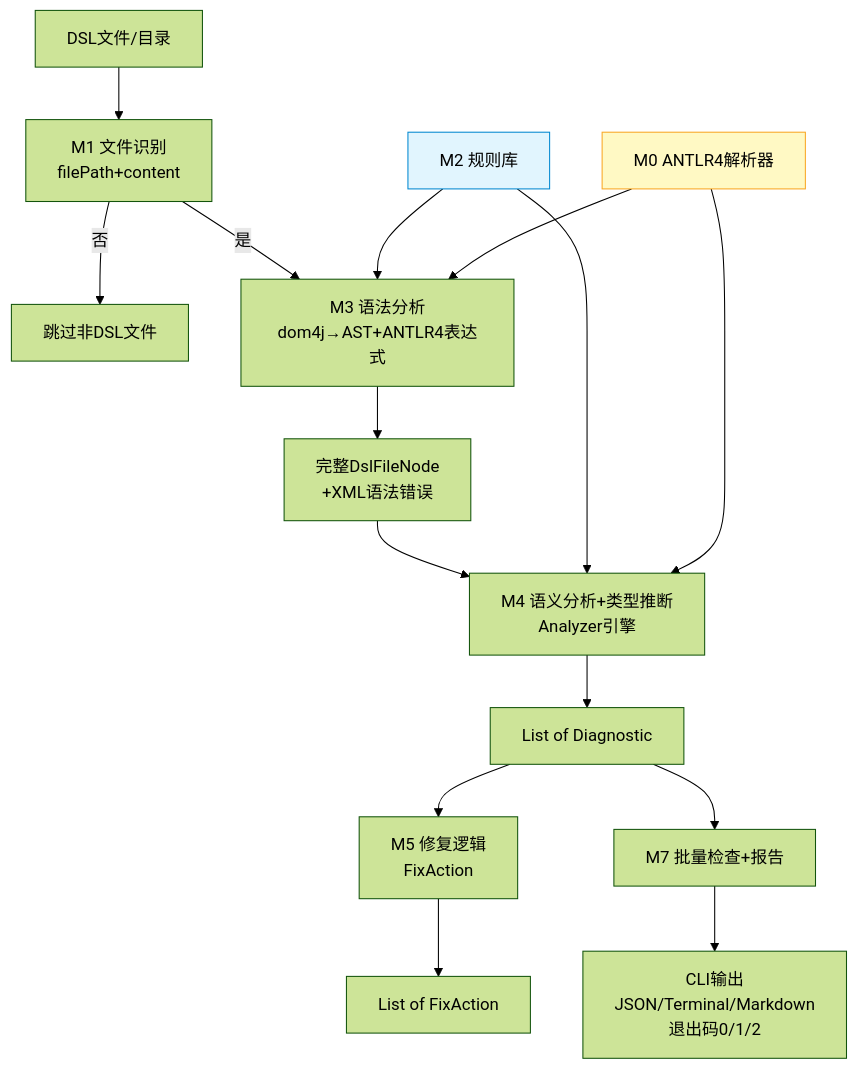
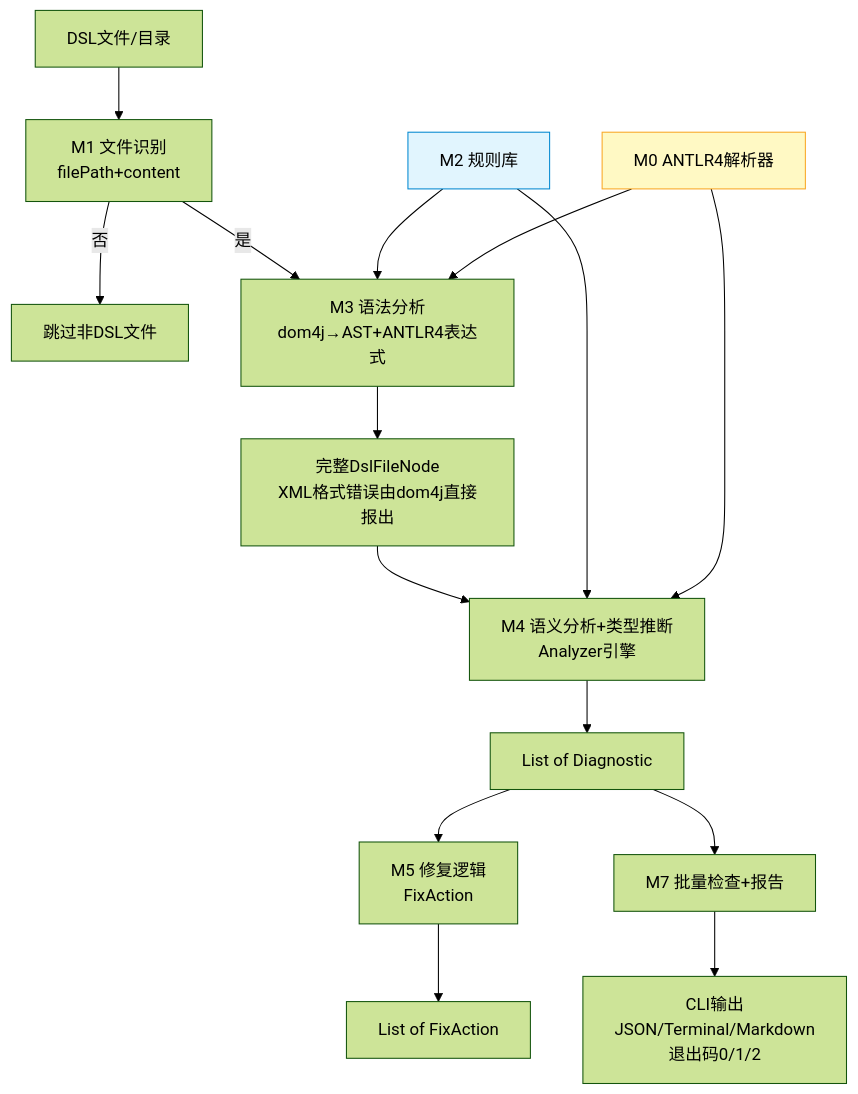
One commit to araragi-koyomin/theme-engine-dsl-static-analyzer changed the second of 3 diagrams in docs/Architecture.md. Above: the diagram before and after it, drawn with Mermaid (forest theme). The commit also changed 3 other files, not shown here.

````diff
--- a/docs/Architecture.md
+++ b/docs/Architecture.md
@@ -234,20 +234,20 @@
 ```mermaid
 flowchart TD
     Input[DSL文件/目录] --> M1[M1 文件识别<br/>filePath+content]
     M1 -->|否| Skip[跳过非DSL文件]
     M1 -->|是| M3[M3 语法分析<br/>dom4j→AST+ANTLR4表达式]
-    M3 --> AST[完整DslFileNode<br/>+XML语法错误]
+    M3 --> AST[完整DslFileNode<br/>XML格式错误由dom4j直接报出]
     AST --> M4[M4 语义分析+类型推断<br/>Analyzer引擎]
     M2[M2 规则库] --> M3
     M2 --> M4
     M0[M0 ANTLR4解析器] --> M3
     M0 --> M4
     M4 --> Diag[List of Diagnostic]
     Diag --> M5[M5 修复逻辑<br/>FixAction]
     Diag --> M7[M7 批量检查+报告]
     M5 --> Fix[List of FixAction]
     M7 --> Output[CLI输出<br/>JSON/Terminal/Markdown<br/>退出码0/1/2]
 
     style M2 fill:#e1f5fe,stroke:#0288d1
     style M0 fill:#fff9c4,stroke:#f9a825
 ```
````
